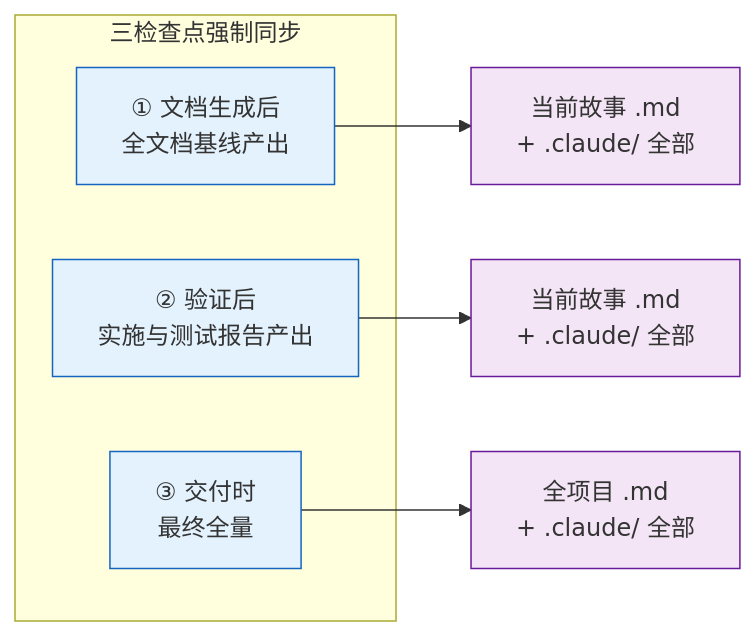
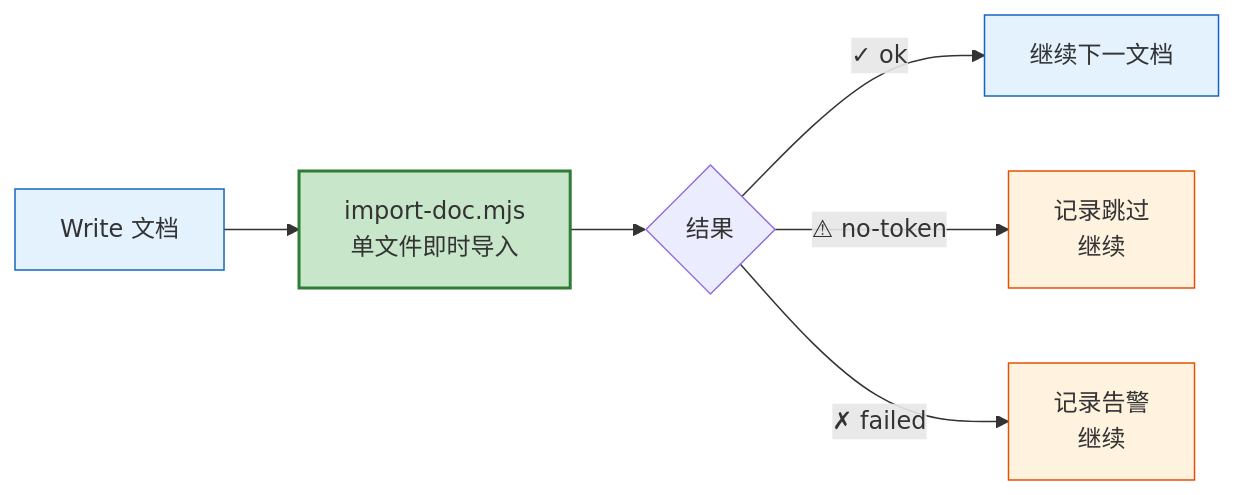
The third of 8 diagrams in skills/rui-import/SKILL.md (effiy/YrY), drawn with Mermaid before and after one commit. The commit also changed other lines of this file and 3 other files, not shown here.

First line of the commit message:
feat: add per-document auto-import mechanism with import-doc.mjs helper

````diff
--- a/skills/rui-import/SKILL.md
+++ b/skills/rui-import/SKILL.md
@@ -115,15 +121,13 @@
 ```mermaid
 flowchart LR
-    subgraph 检查点["三检查点强制同步"]
-        CP1["① 文档生成后<br/>全文档基线产出"]:::cp
-        CP2["② 验证后<br/>实施与测试报告产出"]:::cp
-        CP3["③ 交付时<br/>最终全量"]:::cp
-    end
+    WRITE["Write 文档"]:::write --> IMPORT["import-doc.mjs<br/>单文件即时导入"]:::primary
+    IMPORT --> RESULT{结果}
+    RESULT -->|"✓ ok"| NEXT["继续下一文档"]:::next
+    RESULT -->|"⚠ no-token"| SKIP["记录跳过<br/>继续"]:::warn
+    RESULT -->|"✗ failed"| WARN["记录告警<br/>继续"]:::warn
 
-    CP1 --> SCOPE1["当前故事 .md<br/>+ .claude/ 全部"]:::scope
-    CP2 --> SCOPE2["当前故事 .md<br/>+ .claude/ 全部"]:::scope
-    CP3 --> SCOPE3["全项目 .md<br/>+ .claude/ 全部"]:::scope
-
-    classDef cp fill:#e3f2fd,stroke:#1565c0;
-    classDef scope fill:#f3e5f5,stroke:#6a1b9a;
+    classDef write fill:#e3f2fd,stroke:#1565c0;
+    classDef primary fill:#c8e6c9,stroke:#2e7d32,stroke-width:2px;
+    classDef next fill:#e3f2fd,stroke:#1565c0;
+    classDef warn fill:#fff3e0,stroke:#e65100;
 ```
````
